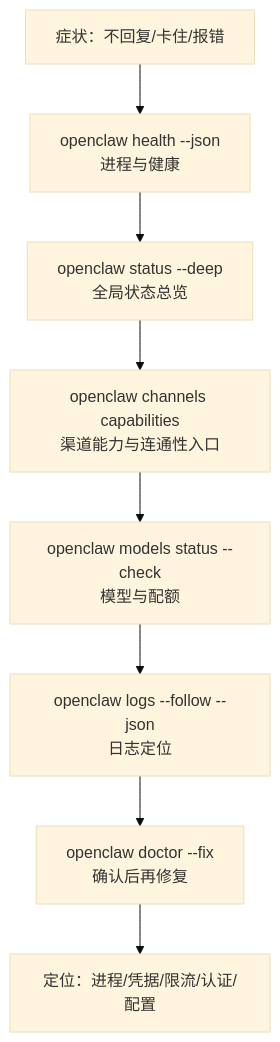
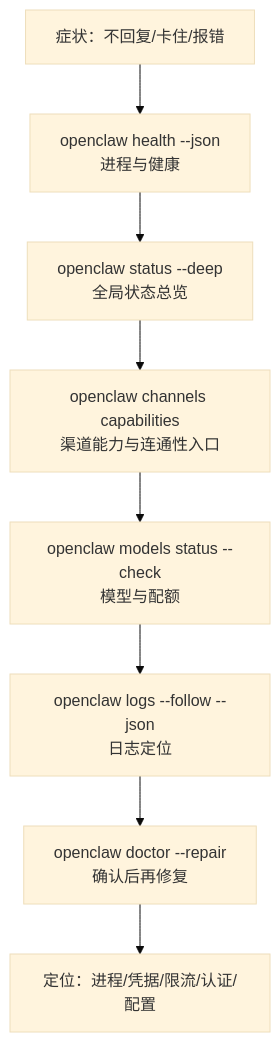
Before and after one commit to yeasy/openclaw_guide: the diagram in 03_minimal_loop/3.2_diagnostics.md, drawn with Mermaid (base theme). The commit also changed other lines of this file and 41 other files, not shown here.

````diff
--- a/03_minimal_loop/3.2_diagnostics.md
+++ b/03_minimal_loop/3.2_diagnostics.md
@@ -20,10 +20,10 @@
 ```mermaid
 flowchart TD
     Start["症状：不回复/卡住/报错"] --> S1["openclaw health --json<br/>进程与健康"]
     S1 --> S1a["openclaw status --deep<br/>全局状态总览"]
     S1a --> S2["openclaw channels capabilities<br/>渠道能力与连通性入口"]
     S2 --> S3["openclaw models status --check<br/>模型与配额"]
     S3 --> S4["openclaw logs --follow --json<br/>日志定位"]
-    S4 --> Fix["openclaw doctor --fix<br/>确认后再修复"]
+    S4 --> Fix["openclaw doctor --repair<br/>确认后再修复"]
     Fix --> End["定位：进程/凭据/限流/认证/配置"]
 ```
````
